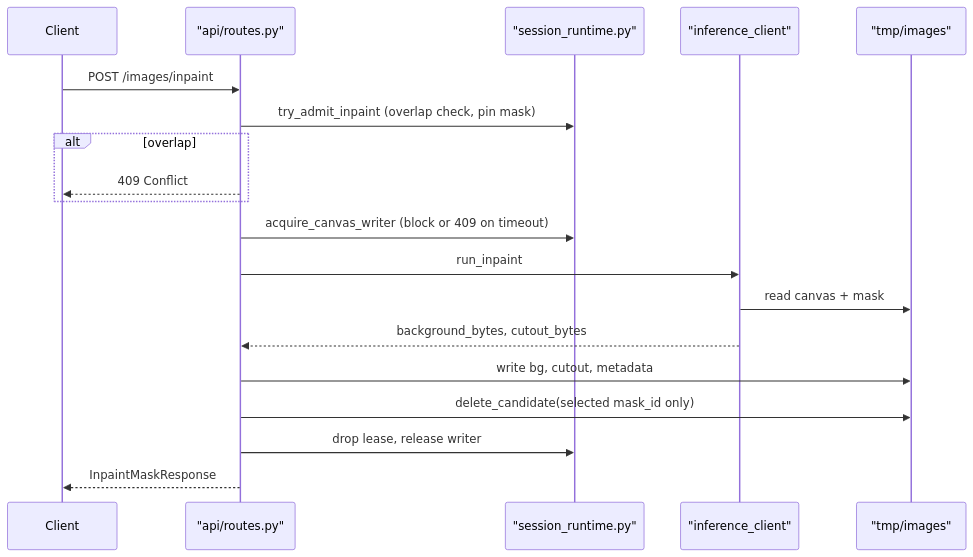
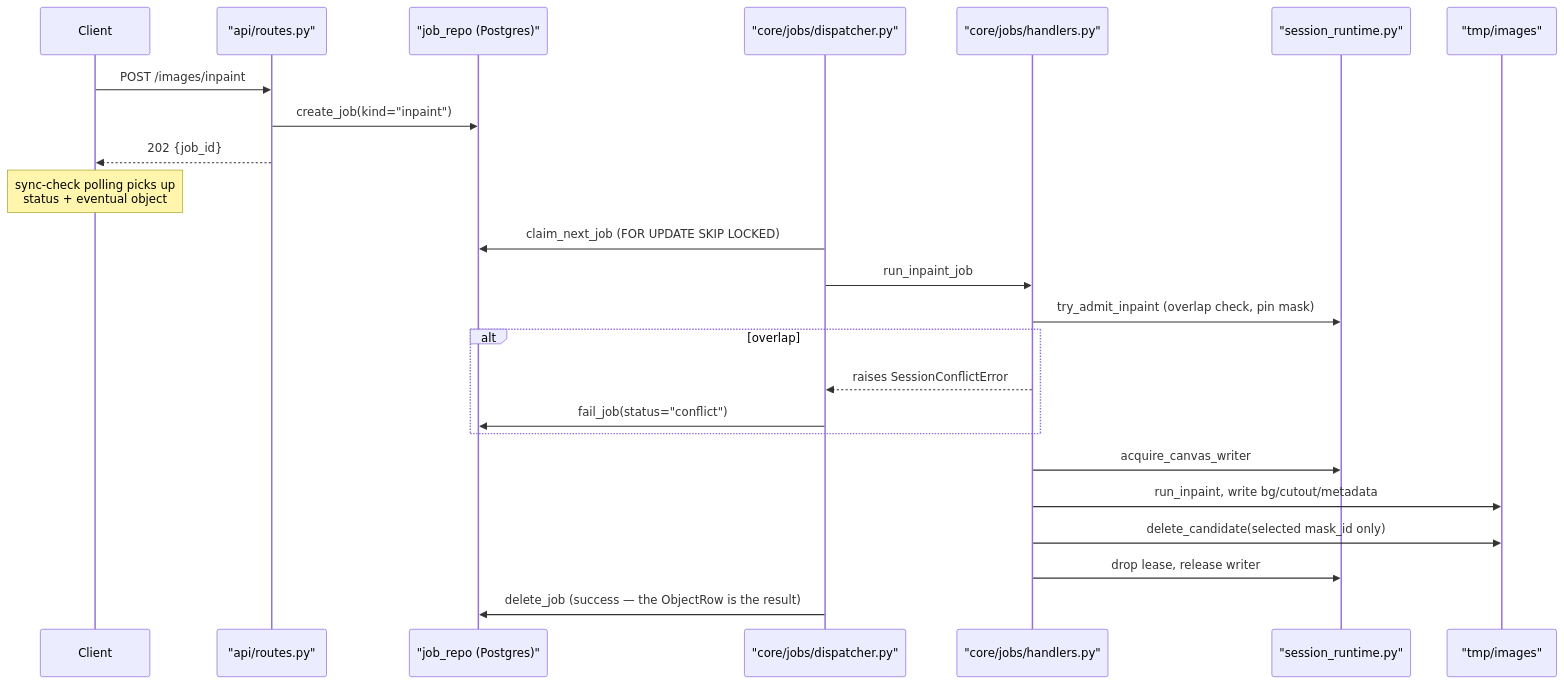
Before and after one commit to 1mache/avroom: the first of 2 diagrams in docs/backend/concurrency.md, drawn with Mermaid. The commit also changed other lines of this file and 32 other files, not shown here.

````diff
--- a/docs/backend/concurrency.md
+++ b/docs/backend/concurrency.md
@@ -64,22 +82,28 @@
 ```mermaid
 sequenceDiagram
     participant Client
     participant Router as "api/routes.py"
+    participant Queue as "job_repo (Postgres)"
+    participant Dispatcher as "core/jobs/dispatcher.py"
+    participant Handler as "core/jobs/handlers.py"
     participant Runtime as "session_runtime.py"
-    participant ClientPool as "inference_client"
     participant Disk as "tmp/images"
 
     Client->>Router: POST /images/inpaint
-    Router->>Runtime: try_admit_inpaint (overlap check, pin mask)
+    Router->>Queue: create_job(kind="inpaint")
+    Router-->>Client: 202 {job_id}
+    Note over Client: sync-check polling picks up<br/>status + eventual object
+
+    Dispatcher->>Queue: claim_next_job (FOR UPDATE SKIP LOCKED)
+    Dispatcher->>Handler: run_inpaint_job
+    Handler->>Runtime: try_admit_inpaint (overlap check, pin mask)
     alt overlap
-        Router-->>Client: 409 Conflict
+        Handler-->>Dispatcher: raises SessionConflictError
+        Dispatcher->>Queue: fail_job(status="conflict")
     end
-    Router->>Runtime: acquire_canvas_writer (block or 409 on timeout)
-    Router->>ClientPool: run_inpaint
-    ClientPool->>Disk: read canvas + mask
-    ClientPool-->>Router: background_bytes, cutout_bytes
-    Router->>Disk: write bg, cutout, metadata
-    Router->>Disk: delete_candidate(selected mask_id only)
-    Router->>Runtime: drop lease, release writer
-    Router-->>Client: InpaintMaskResponse
+    Handler->>Runtime: acquire_canvas_writer
+    Handler->>Disk: run_inpaint, write bg/cutout/metadata
+    Handler->>Disk: delete_candidate(selected mask_id only)
+    Handler->>Runtime: drop lease, release writer
+    Dispatcher->>Queue: delete_job (success — the ObjectRow is the result)
 ```
````
